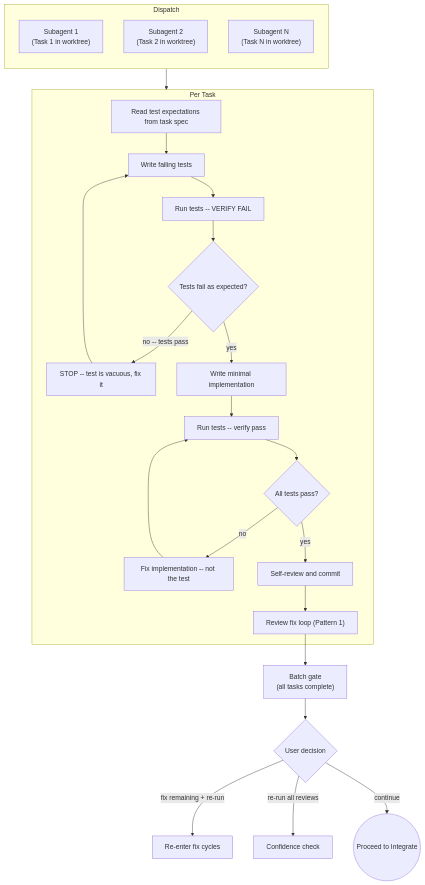
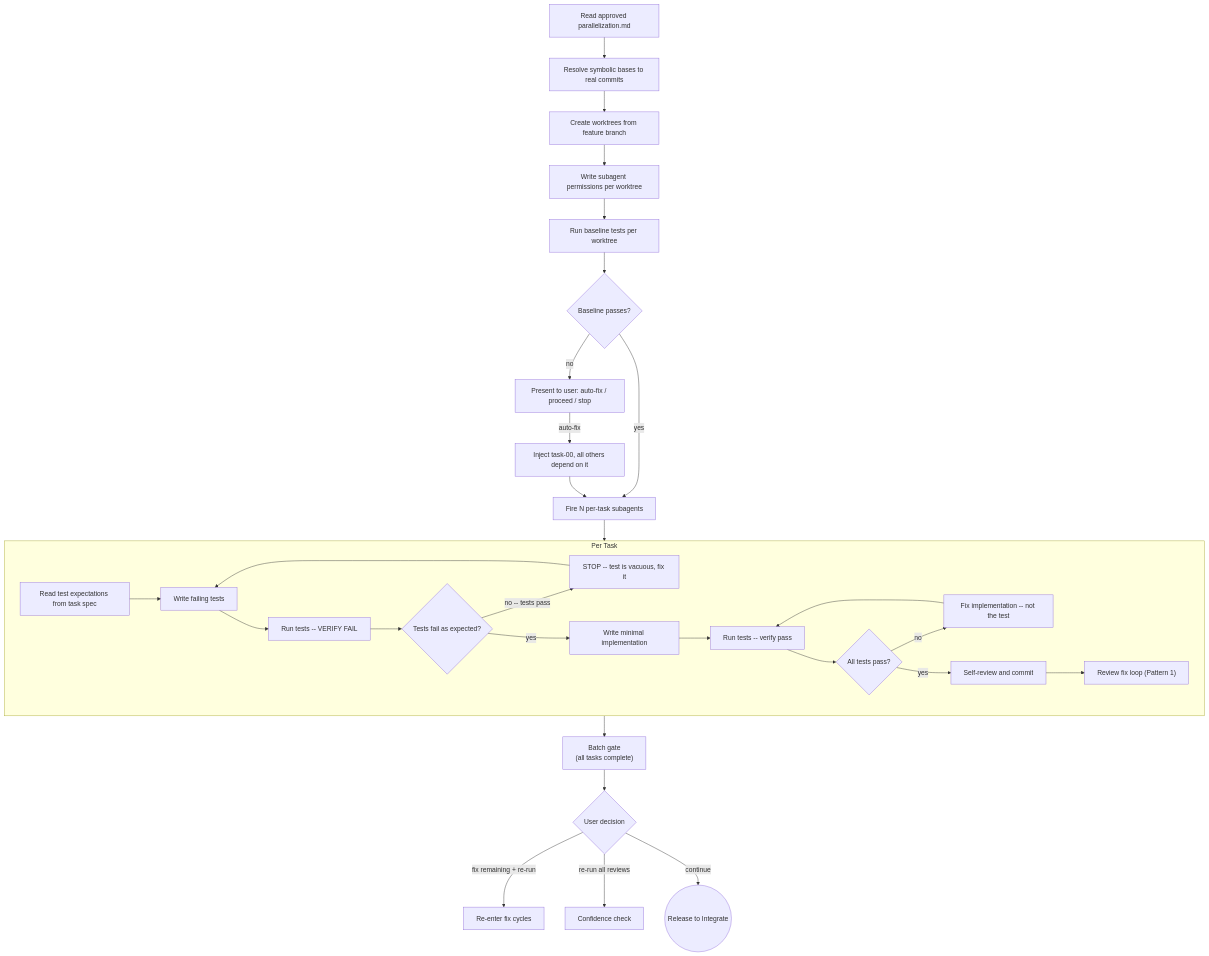
One commit to dfrysinger/qrspi-plus changed the tenth of 19 diagrams in README.md. Above: the diagram before and after it, drawn with Mermaid. The commit also changed other lines of this file and 11 other files, not shown here.

````diff
--- a/README.md
+++ b/README.md
@@ -247,32 +223,34 @@
 ```mermaid
 flowchart TD
-    subgraph dispatch["Dispatch"]
-        direction TB
-        SA1["Subagent 1<br>(Task 1 in worktree)"]
-        SA2["Subagent 2<br>(Task 2 in worktree)"]
-        SAN["Subagent N<br>(Task N in worktree)"]
+    A["Read approved parallelization.md"] --> B[Resolve symbolic bases to real commits]
+    B --> C[Create worktrees from feature branch]
+    C --> D[Write subagent permissions per worktree]
+    D --> E[Run baseline tests per worktree]
+    E --> F{Baseline passes?}
+    F -->|no| BF[Present to user: auto-fix / proceed / stop]
+    BF -->|auto-fix| BI["Inject task-00, all others depend on it"]
+    BI --> H
+    F -->|yes| H[Fire N per-task subagents]
+
+    subgraph pertask["Per Task"]
+        PA[Read test expectations from task spec] --> PB[Write failing tests]
+        PB --> PC[Run tests -- VERIFY FAIL]
+        PC --> PD{Tests fail as expected?}
+        PD -->|no -- tests pass| PE[STOP -- test is vacuous, fix it]
+        PE --> PB
+        PD -->|yes| PF[Write minimal implementation]
+        PF --> PG[Run tests -- verify pass]
+        PG --> PH{All tests pass?}
+        PH -->|no| PI[Fix implementation -- not the test]
+        PI --> PG
+        PH -->|yes| PJ[Self-review and commit]
+        PJ --> PK["Review fix loop (Pattern 1)"]
     end
 
-    subgraph pertask["Per Task"]
-        A[Read test expectations from task spec] --> B[Write failing tests]
-        B --> C[Run tests -- VERIFY FAIL]
-        C --> D{Tests fail as expected?}
-        D -->|no -- tests pass| E[STOP -- test is vacuous, fix it]
-        E --> B
-        D -->|yes| F[Write minimal implementation]
-        F --> G[Run tests -- verify pass]
-        G --> H{All tests pass?}
-        H -->|no| I[Fix implementation -- not the test]
-        I --> G
-        H -->|yes| J[Self-review and commit]
-        J --> K["Review fix loop (Pattern 1)"]
-    end
-
-    dispatch --> pertask
-
-    K --> L["Batch gate<br>(all tasks complete)"]
+    H --> pertask
+    pertask --> L["Batch gate<br>(all tasks complete)"]
     L --> M{User decision}
     M -->|fix remaining + re-run| N[Re-enter fix cycles]
     M -->|re-run all reviews| O[Confidence check]
-    M -->|continue| P((Proceed to Integrate))
+    M -->|continue| P((Release to Integrate))
 ```
````
